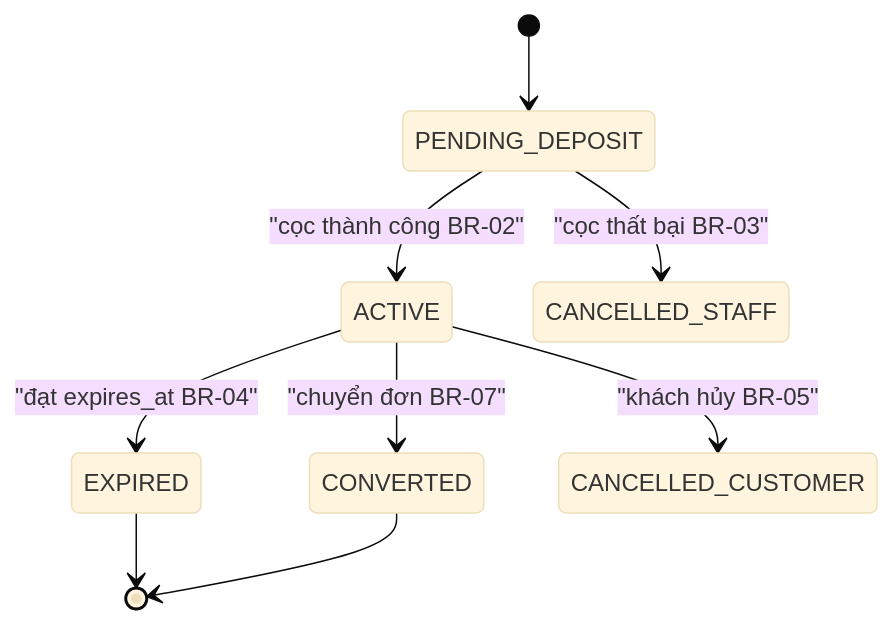
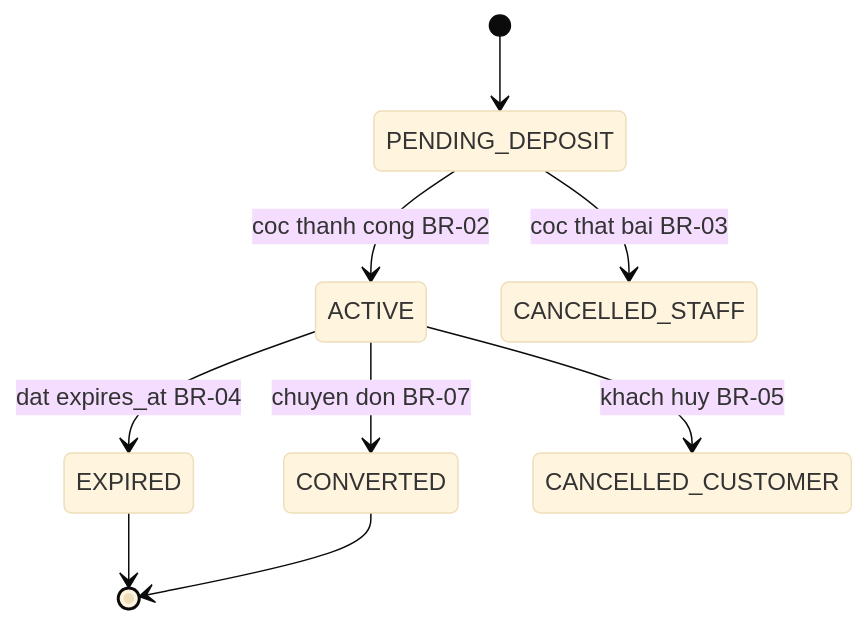
The second of 6 diagrams in knowledge/33-cau-truc-spec-btc.md (quankaka11/spec-skills), drawn with Mermaid (base theme) before and after one commit. The commit also changed other lines of this file and 12 other files, not shown here.

````diff
--- a/knowledge/33-cau-truc-spec-btc.md
+++ b/knowledge/33-cau-truc-spec-btc.md
@@ -130,11 +173,11 @@
 ```mermaid
 stateDiagram-v2
   [*] --> PENDING_DEPOSIT
-  PENDING_DEPOSIT --> ACTIVE: "cọc thành công BR-02"
-  PENDING_DEPOSIT --> CANCELLED_STAFF: "cọc thất bại BR-03"
-  ACTIVE --> EXPIRED: "đạt expires_at BR-04"
-  ACTIVE --> CONVERTED: "chuyển đơn BR-07"
-  ACTIVE --> CANCELLED_CUSTOMER: "khách hủy BR-05"
+  PENDING_DEPOSIT --> ACTIVE: coc thanh cong BR-02
+  PENDING_DEPOSIT --> CANCELLED_STAFF: coc that bai BR-03
+  ACTIVE --> EXPIRED: dat expires_at BR-04
+  ACTIVE --> CONVERTED: chuyen don BR-07
+  ACTIVE --> CANCELLED_CUSTOMER: khach huy BR-05
   EXPIRED --> [*]
   CONVERTED --> [*]
 ```
````
